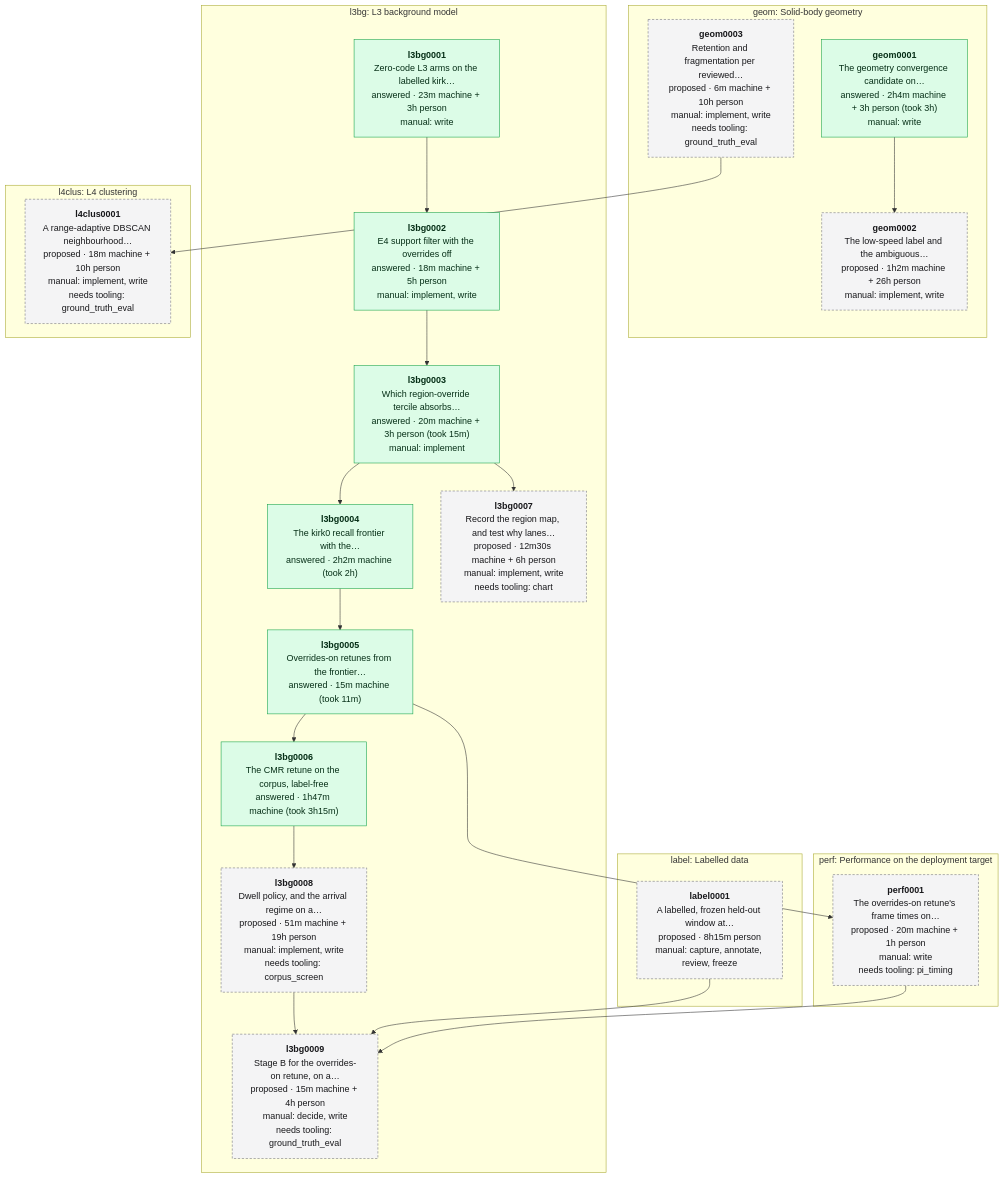
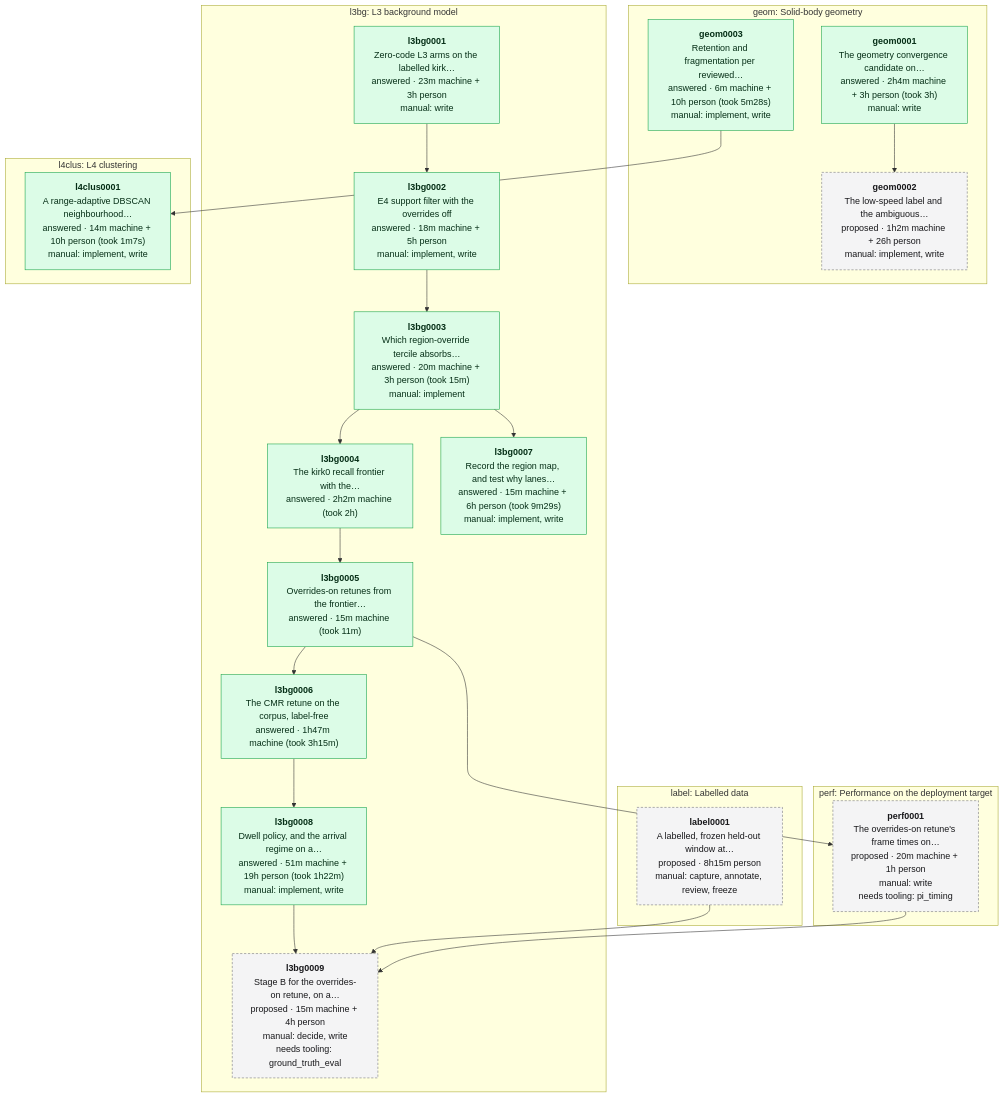
The diagram in data/experiments/DEPENDENCIES.md (banshee-data/velocity.report), drawn with Mermaid before and after one commit. The commit also changed other lines of this file and 65 other files, not shown here.

First line of the commit message:
[ai][go][lidar][docs] Experiment progress tracking, and four experiments answered overnight: W3, the region map, a dwell policy and a range-adaptive eps (#756)

````diff
--- a/data/experiments/DEPENDENCIES.md
+++ b/data/experiments/DEPENDENCIES.md
@@ -7,45 +7,45 @@
 ```mermaid
 flowchart TB
   classDef proposed fill:#f4f4f5,stroke:#71717a,stroke-dasharray:4 3,color:#18181b
   classDef approved fill:#dbeafe,stroke:#2563eb,color:#172554
   classDef answered fill:#dcfce7,stroke:#16a34a,color:#052e16
   classDef retired fill:#fafafa,stroke:#d4d4d8,color:#71717a
   subgraph area_geom ["geom: Solid-body geometry"]
     geom0001["<b>geom0001</b><br/>The geometry convergence candidate on…<br/>answered · 2h4m machine + 3h person (took 3h)<br/>manual: write"]:::answered
     geom0002["<b>geom0002</b><br/>The low-speed label and the ambiguous…<br/>proposed · 1h2m machine + 26h person<br/>manual: implement, write"]:::proposed
-    geom0003["<b>geom0003</b><br/>Retention and fragmentation per reviewed…<br/>proposed · 6m machine + 10h person<br/>manual: implement, write<br/>needs tooling: ground_truth_eval"]:::proposed
+    geom0003["<b>geom0003</b><br/>Retention and fragmentation per reviewed…<br/>answered · 6m machine + 10h person (took 5m28s)<br/>manual: implement, write"]:::answered
   end
   subgraph area_l3bg ["l3bg: L3 background model"]
     l3bg0001["<b>l3bg0001</b><br/>Zero-code L3 arms on the labelled kirk…<br/>answered · 23m machine + 3h person<br/>manual: write"]:::answered
     l3bg0002["<b>l3bg0002</b><br/>E4 support filter with the overrides off<br/>answered · 18m machine + 5h person<br/>manual: implement, write"]:::answered
     l3bg0003["<b>l3bg0003</b><br/>Which region-override tercile absorbs…<br/>answered · 20m machine + 3h person (took 15m)<br/>manual: implement"]:::answered
     l3bg0004["<b>l3bg0004</b><br/>The kirk0 recall frontier with the…<br/>answered · 2h2m machine (took 2h)"]:::answered
     l3bg0005["<b>l3bg0005</b><br/>Overrides-on retunes from the frontier…<br/>answered · 15m machine (took 11m)"]:::answered
     l3bg0006["<b>l3bg0006</b><br/>The CMR retune on the corpus, label-free<br/>answered · 1h47m machine (took 3h15m)"]:::answered
-    l3bg0007["<b>l3bg0007</b><br/>Record the region map, and test why lanes…<br/>proposed · 12m30s machine + 6h person<br/>manual: implement, write<br/>needs tooling: chart"]:::proposed
-    l3bg0008["<b>l3bg0008</b><br/>Dwell policy, and the arrival regime on a…<br/>proposed · 51m machine + 19h person<br/>manual: implement, write<br/>needs tooling: corpus_screen"]:::proposed
+    l3bg0007["<b>l3bg0007</b><br/>Record the region map, and test why lanes…<br/>answered · 15m machine + 6h person (took 9m29s)<br/>manual: implement, write"]:::answered
+    l3bg0008["<b>l3bg0008</b><br/>Dwell policy, and the arrival regime on a…<br/>answered · 51m machine + 19h person (took 1h22m)<br/>manual: implement, write"]:::answered
     l3bg0009["<b>l3bg0009</b><br/>Stage B for the overrides-on retune, on a…<br/>proposed · 15m machine + 4h person<br/>manual: decide, write<br/>needs tooling: ground_truth_eval"]:::proposed
   end
   subgraph area_l4clus ["l4clus: L4 clustering"]
-    l4clus0001["<b>l4clus0001</b><br/>A range-adaptive DBSCAN neighbourhood…<br/>proposed · 18m machine + 10h person<br/>manual: implement, write<br/>needs tooling: ground_truth_eval"]:::proposed
+    l4clus0001["<b>l4clus0001</b><br/>A range-adaptive DBSCAN neighbourhood…<br/>answered · 14m machine + 10h person (took 1m7s)<br/>manual: implement, write"]:::answered
   end
   subgraph area_label ["label: Labelled data"]
     label0001["<b>label0001</b><br/>A labelled, frozen held-out window at…<br/>proposed · 8h15m person<br/>manual: capture, annotate, review, freeze"]:::proposed
   end
   subgraph area_perf ["perf: Performance on the deployment target"]
     perf0001["<b>perf0001</b><br/>The overrides-on retune's frame times on…<br/>proposed · 20m machine + 1h person<br/>manual: write<br/>needs tooling: pi_timing"]:::proposed
   end
   geom0001 --> geom0002
   l3bg0001 --> l3bg0002
   l3bg0002 --> l3bg0003
   l3bg0003 --> l3bg0004
   l3bg0004 --> l3bg0005
   l3bg0005 --> l3bg0006
   l3bg0003 --> l3bg0007
   l3bg0006 --> l3bg0008
   l3bg0008 --> l3bg0009
   label0001 --> l3bg0009
   perf0001 --> l3bg0009
   geom0003 --> l4clus0001
   l3bg0005 --> perf0001
 ```
````
